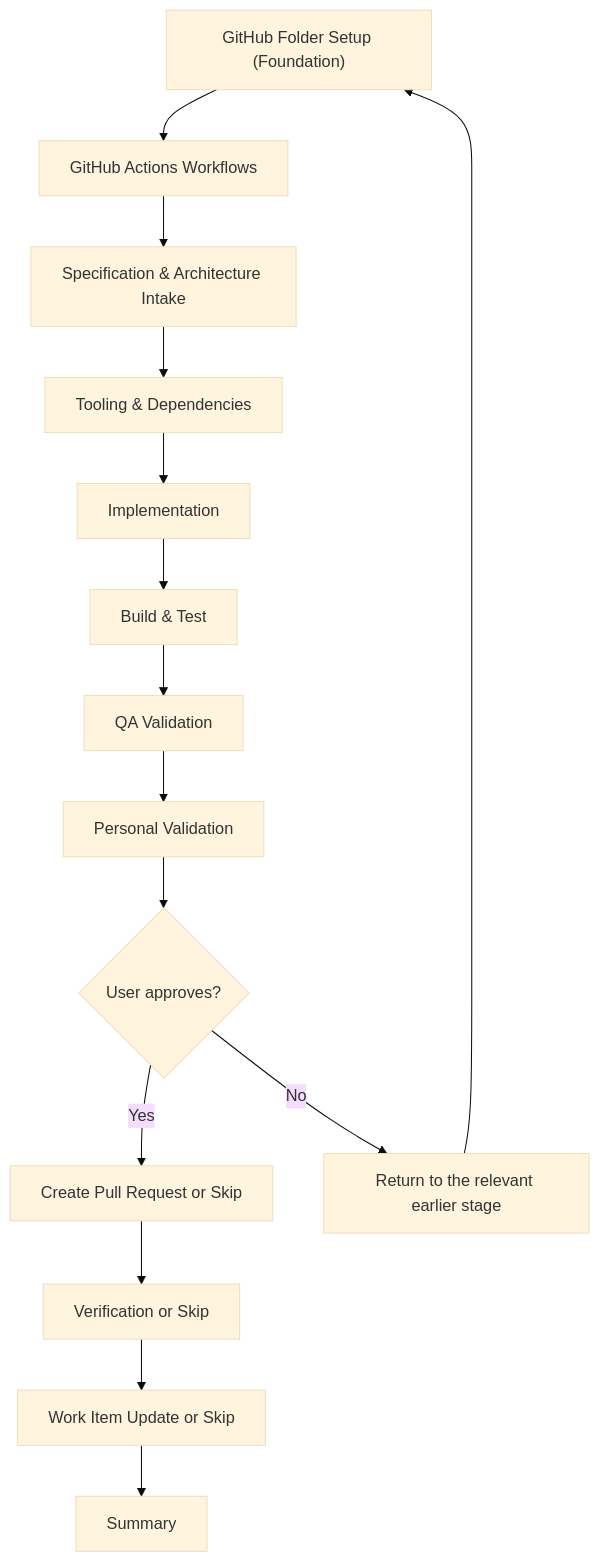
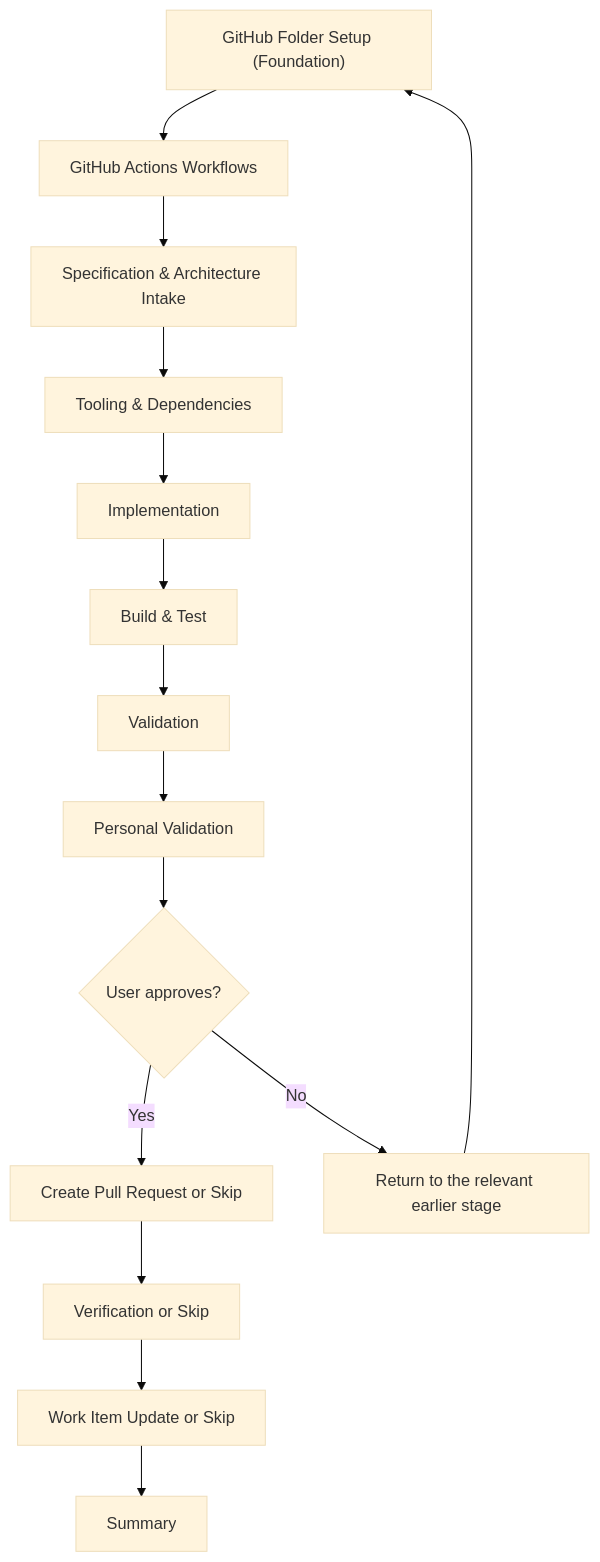
One commit to JSdotNet/devbook changed the second of 16 diagrams in plugins/delivery/FLOW-DIAGRAMS.md. Above: the diagram before and after it, drawn with Mermaid (base theme). The commit also changed other lines of this file and 37 other files, not shown here.

````diff
--- a/plugins/delivery/FLOW-DIAGRAMS.md
+++ b/plugins/delivery/FLOW-DIAGRAMS.md
@@ -50,17 +50,17 @@
 ```mermaid
 flowchart TD
     A["GitHub Folder Setup (Foundation)"] --> B["GitHub Actions Workflows"]
     B --> C["Specification & Architecture Intake"]
     C --> D["Tooling & Dependencies"]
     D --> E["Implementation"]
     E --> F["Build & Test"]
-    F --> G["QA Validation"]
+    F --> G["Validation"]
     G --> H["Personal Validation"]
     H --> I{User approves?}
     I -->|Yes| J["Create Pull Request or Skip"]
     I -->|No| K["Return to the relevant earlier stage"]
     K --> A
     J --> DU["Verification or Skip"]
     DU --> U["Work Item Update or Skip"]
     U --> L["Summary"]
 ```
````
